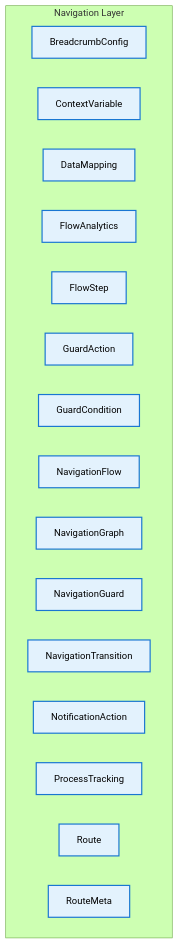
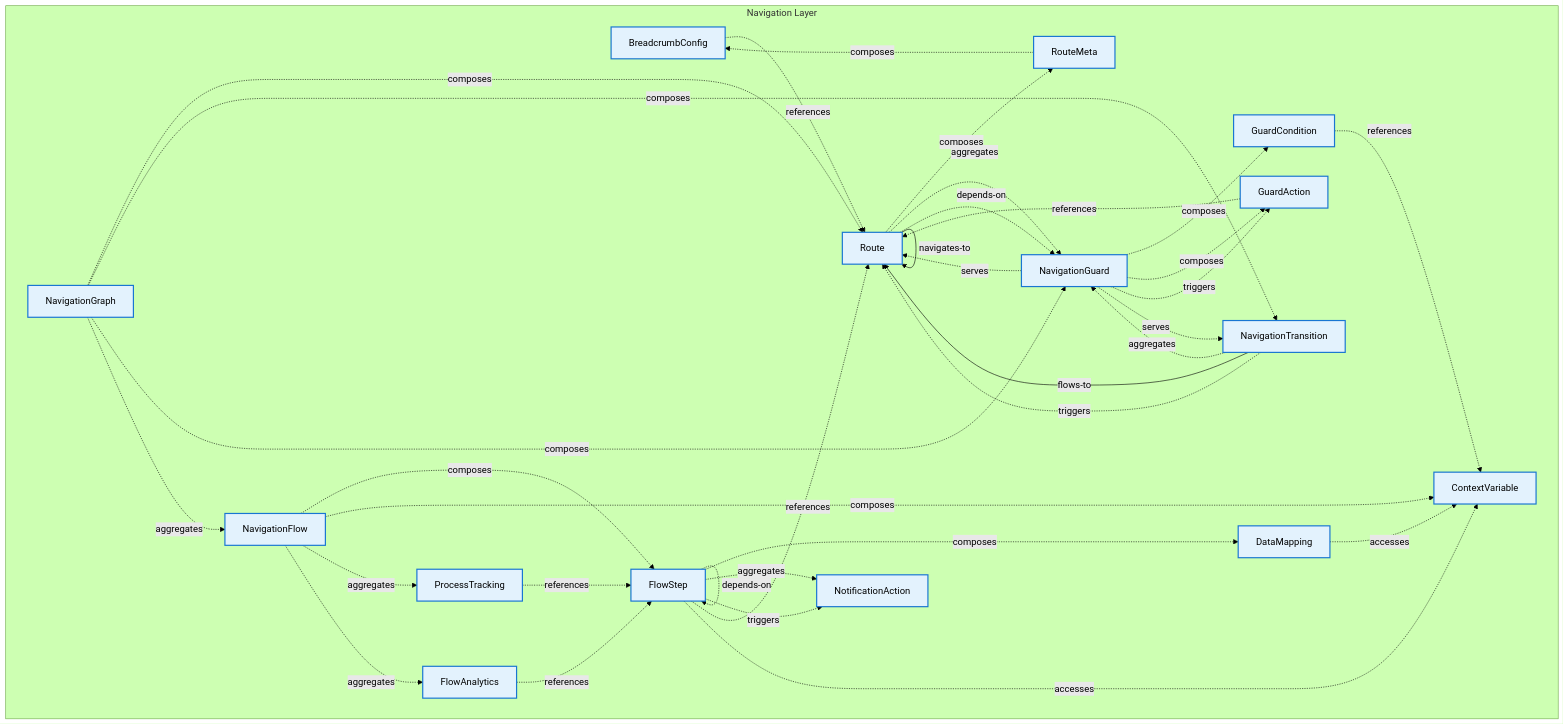
The diagram in reports/layers/10-navigation-intra-layer.md (tinkermonkey/documentation_robotics), drawn with Mermaid (forest theme) before and after one commit. The commit also changed other lines of this file and 63 other files, not shown here.

````diff
--- a/reports/layers/10-navigation-intra-layer.md
+++ b/reports/layers/10-navigation-intra-layer.md
@@ -16,25 +16,62 @@
 ```mermaid
 graph TB
   subgraph "Navigation Layer"
 
     BreadcrumbConfig["BreadcrumbConfig"]
     ContextVariable["ContextVariable"]
     DataMapping["DataMapping"]
     FlowAnalytics["FlowAnalytics"]
     FlowStep["FlowStep"]
     GuardAction["GuardAction"]
     GuardCondition["GuardCondition"]
     NavigationFlow["NavigationFlow"]
     NavigationGraph["NavigationGraph"]
     NavigationGuard["NavigationGuard"]
     NavigationTransition["NavigationTransition"]
     NotificationAction["NotificationAction"]
     ProcessTracking["ProcessTracking"]
     Route["Route"]
     RouteMeta["RouteMeta"]
 
+    NavigationGraph -.->|composes| Route
+    NavigationGraph -.->|composes| NavigationTransition
+    NavigationGraph -.->|composes| NavigationGuard
+    NavigationGraph -.->|aggregates| NavigationFlow
+    Route -.->|composes| RouteMeta
+    Route -.->|aggregates| NavigationGuard
+    Route -->|specializes| Route
+    Route -->|flows-to| Route
+    Route -.->|references| Route
+    Route -.->|depends-on| NavigationGuard
+    Route -->|navigates-to| Route
+    RouteMeta -.->|composes| BreadcrumbConfig
+    BreadcrumbConfig -.->|references| Route
+    NavigationTransition -.->|aggregates| NavigationGuard
+    NavigationTransition -->|flows-to| Route
+    NavigationTransition -.->|triggers| Route
+    NavigationGuard -.->|composes| GuardCondition
+    NavigationGuard -.->|composes| GuardAction
+    NavigationGuard -.->|triggers| GuardAction
+    NavigationGuard -.->|serves| Route
+    NavigationGuard -.->|serves| NavigationTransition
+    GuardCondition -.->|references| ContextVariable
+    GuardAction -.->|references| Route
+    NavigationFlow -.->|composes| FlowStep
+    NavigationFlow -.->|composes| ContextVariable
+    NavigationFlow -.->|aggregates| ProcessTracking
+    NavigationFlow -.->|aggregates| FlowAnalytics
+    FlowStep -.->|composes| DataMapping
+    FlowStep -.->|aggregates| NotificationAction
+    FlowStep -->|flows-to| FlowStep
+    FlowStep -.->|triggers| NotificationAction
+    FlowStep -.->|references| Route
+    FlowStep -.->|accesses| ContextVariable
+    FlowStep -.->|depends-on| FlowStep
+    DataMapping -.->|accesses| ContextVariable
+    ProcessTracking -.->|references| FlowStep
+    FlowAnalytics -.->|references| FlowStep
   end
 
   %% Styling
   classDef default fill:#E3F2FD,stroke:#1976D2,stroke-width:2px
 ```
````
